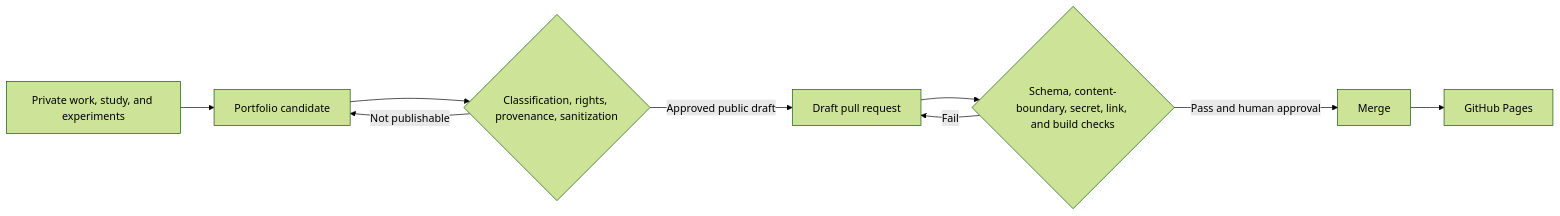
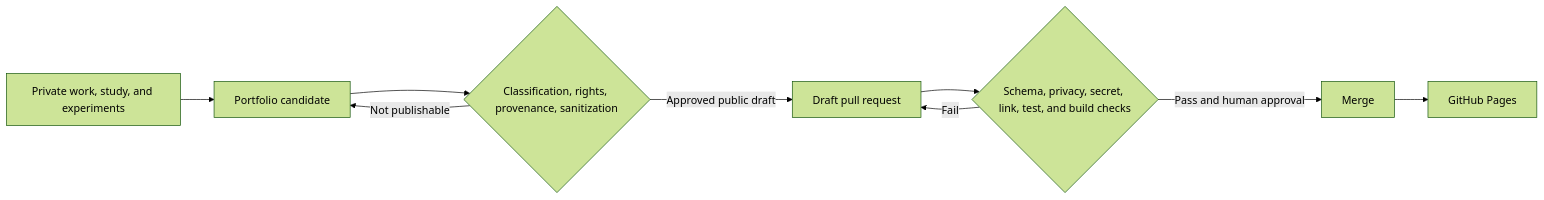
The diagram in docs/methodology/index.md (skrrtvonnegut-droid/portfolio), drawn with Mermaid (forest theme) before and after one commit. The commit also changed other lines of this file and 14 other files, not shown here.

````diff
--- a/docs/methodology/index.md
+++ b/docs/methodology/index.md
@@ -7,11 +7,11 @@
 ```mermaid
 flowchart LR
-    A["Private work, study, and experiments"] --> B["Portfolio candidate"]
-    B --> C{"Classification, rights, provenance, sanitization"}
-    C -->|"Not publishable"| B
-    C -->|"Approved public draft"| D["Draft pull request"]
-    D --> E{"Schema, content-boundary, secret, link, and build checks"}
-    E -->|"Fail"| D
-    E -->|"Pass and human approval"| F["Merge"]
-    F --> G["GitHub Pages"]
+    A[Private work, study, and experiments] --> B[Portfolio candidate]
+    B --> C{Classification, rights, provenance, sanitization}
+    C -->|Not publishable| B
+    C -->|Approved public draft| D[Draft pull request]
+    D --> E{Schema, privacy, secret, link, test, and build checks}
+    E -->|Fail| D
+    E -->|Pass and human approval| F[Merge]
+    F --> G[GitHub Pages]
 ```
````
